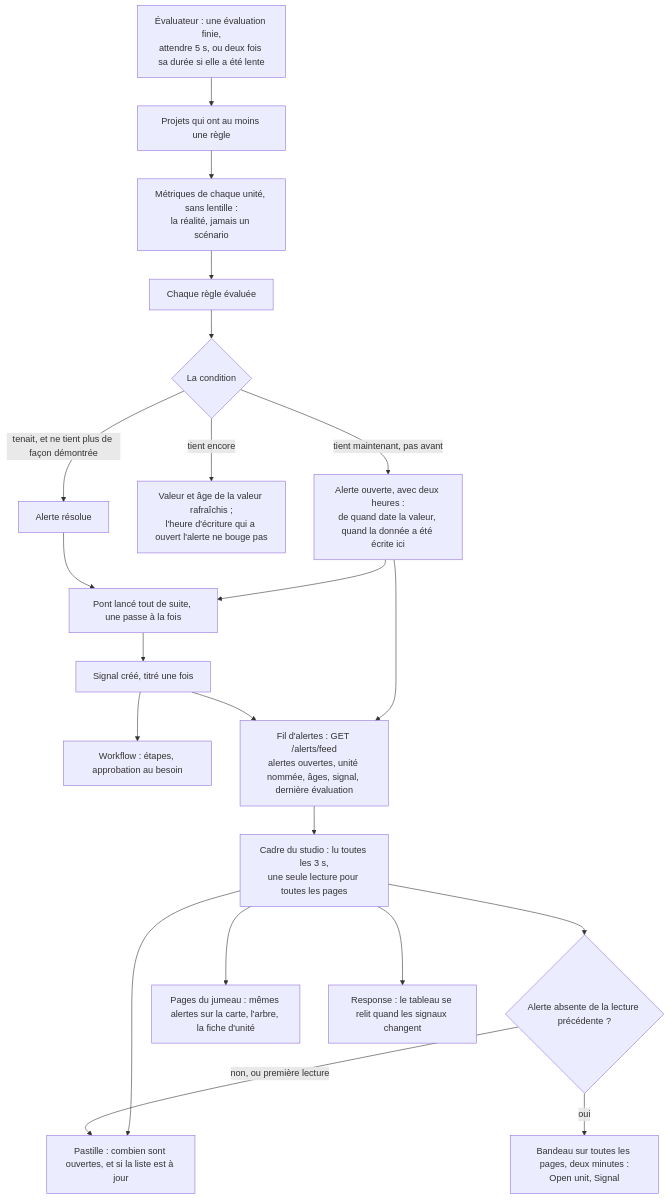
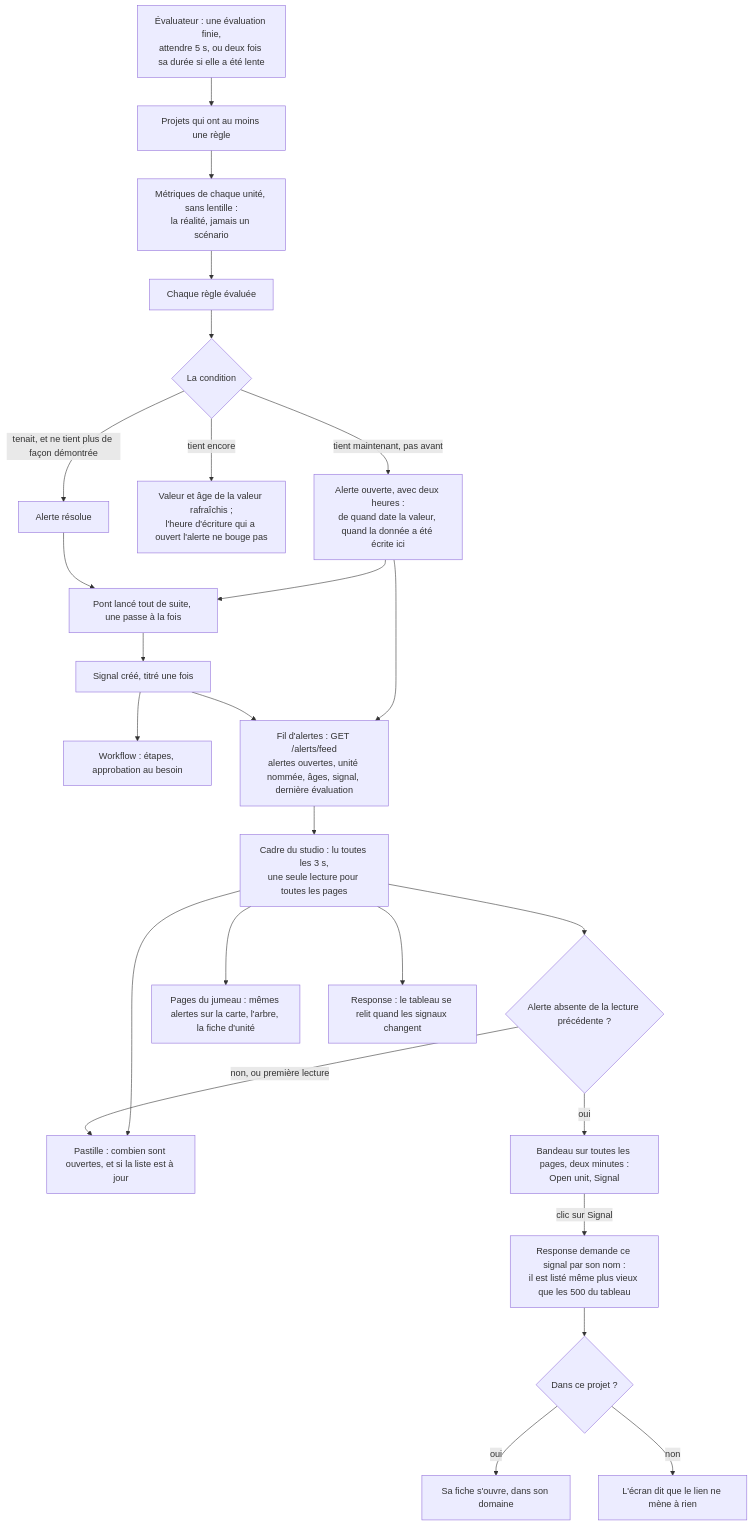
Before and after one commit to V1ktor7/obscyro: diagram 27 of 30 in docs/algorithms.md, drawn with Mermaid. The commit also changed other lines of this file and 6 other files, not shown here.

First line of the commit message:
fix(alertes): le lien « Signal » d'une alerte ancienne trouve son signal

````diff
--- a/docs/algorithms.md
+++ b/docs/algorithms.md
@@ -780,23 +780,27 @@
 ```mermaid
 flowchart TD
     A["Évaluateur : une évaluation finie,<br/>attendre 5 s, ou deux fois sa durée si elle a été lente"] --> B["Projets qui ont au moins une règle"]
     B --> C["Métriques de chaque unité, sans lentille :<br/>la réalité, jamais un scénario"]
     C --> D["Chaque règle évaluée"]
     D --> E{"La condition"}
     E -->|"tient maintenant, pas avant"| F["Alerte ouverte, avec deux heures :<br/>de quand date la valeur, quand la donnée a été écrite ici"]
     E -->|"tient encore"| F2["Valeur et âge de la valeur rafraîchis ;<br/>l'heure d'écriture qui a ouvert l'alerte ne bouge pas"]
     E -->|"tenait, et ne tient plus de façon démontrée"| G["Alerte résolue"]
     F --> H["Pont lancé tout de suite, une passe à la fois"]
     G --> H
     H --> I["Signal créé, titré une fois"]
     I --> J["Workflow : étapes, approbation au besoin"]
     F --> K["Fil d'alertes : GET /alerts/feed<br/>alertes ouvertes, unité nommée, âges, signal, dernière évaluation"]
     I --> K
     K --> L["Cadre du studio : lu toutes les 3 s,<br/>une seule lecture pour toutes les pages"]
     L --> M["Pastille : combien sont ouvertes, et si la liste est à jour"]
     L --> N{"Alerte absente de la lecture précédente ?"}
     N -->|"oui"| O["Bandeau sur toutes les pages, deux minutes :<br/>Open unit, Signal"]
     N -->|"non, ou première lecture"| M
     L --> P["Pages du jumeau : mêmes alertes sur la carte, l'arbre, la fiche d'unité"]
     L --> Q["Response : le tableau se relit quand les signaux changent"]
+    O -->|"clic sur Signal"| R["Response demande ce signal par son nom :<br/>il est listé même plus vieux que les 500 du tableau"]
+    R --> S{"Dans ce projet ?"}
+    S -->|"oui"| T["Sa fiche s'ouvre, dans son domaine"]
+    S -->|"non"| U["L'écran dit que le lien ne mène à rien"]
 ```
````
